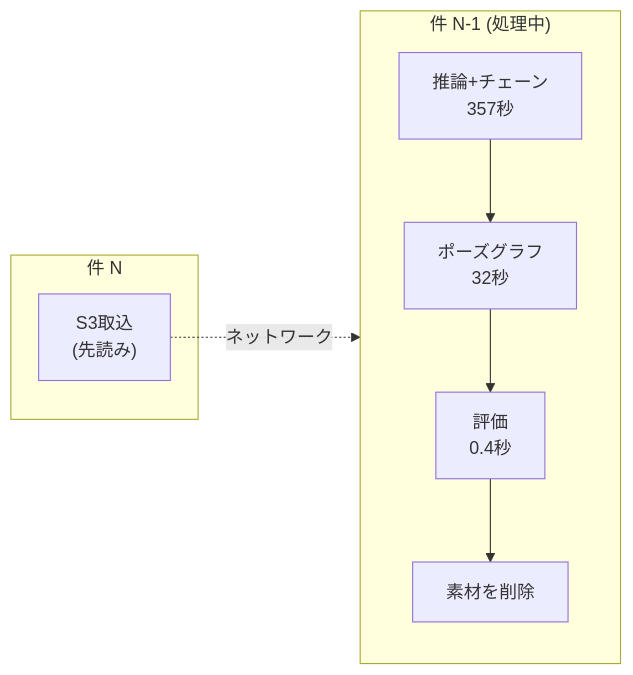
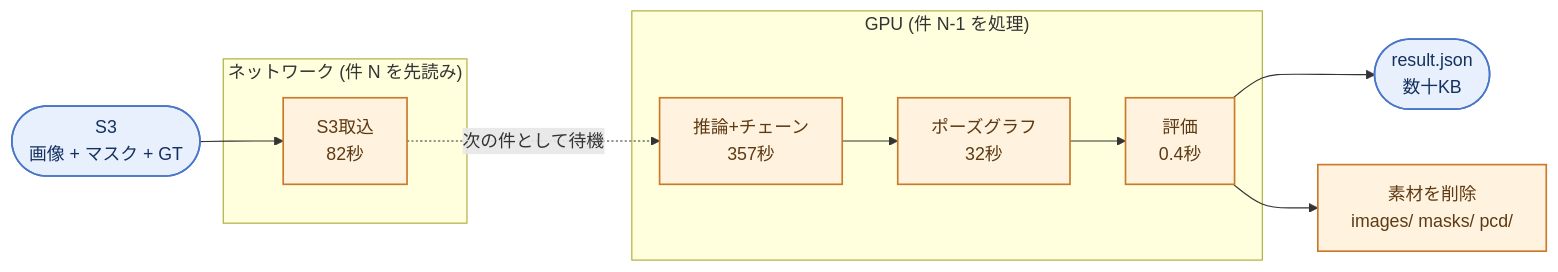
One commit to SoftRoid-Inc/reconstruction3d_experimental changed the second of 2 diagrams in img_align/PIPELINE.md. Above: the diagram before and after it, drawn with Mermaid. The commit also changed other lines of this file, not shown here.

First line of the commit message:
docs(img_align): PIPELINE.md の図でデータと処理を記号で分ける

````diff
--- a/img_align/PIPELINE.md
+++ b/img_align/PIPELINE.md
@@ -135,11 +155,23 @@
 ```mermaid
 flowchart LR
-    subgraph N["件 N"]
-        DL2["S3取込<br/>(先読み)"]
+    S3(["S3<br/>画像 + マスク + GT"]):::data
+    subgraph NET["ネットワーク (件 N を先読み)"]
+        DL["S3取込<br/>82秒"]:::proc
     end
-    subgraph C["件 N-1 (処理中)"]
-        INF["推論+チェーン<br/>357秒"] --> PG2["ポーズグラフ<br/>32秒"]
-        PG2 --> EV["評価<br/>0.4秒"] --> DEL["素材を削除"]
+    subgraph GPU["GPU (件 N-1 を処理)"]
+        INF["推論+チェーン<br/>357秒"]:::proc
+        PG2["ポーズグラフ<br/>32秒"]:::proc
+        EV["評価<br/>0.4秒"]:::proc
+        INF --> PG2 --> EV
     end
-    DL2 -. ネットワーク .-> C
+    RES(["result.json<br/>数十KB"]):::data
+    DEL["素材を削除<br/>images/ masks/ pcd/"]:::proc
+
+    S3 --> DL
+    DL -. 次の件として待機 .-> INF
+    EV --> RES
+    EV --> DEL
+
+    classDef data fill:#e8f0fe,stroke:#4a76c8,stroke-width:1.5px,color:#13305e
+    classDef proc fill:#fff3e0,stroke:#c8792a,stroke-width:1.5px,color:#5e3a13
 ```
````
